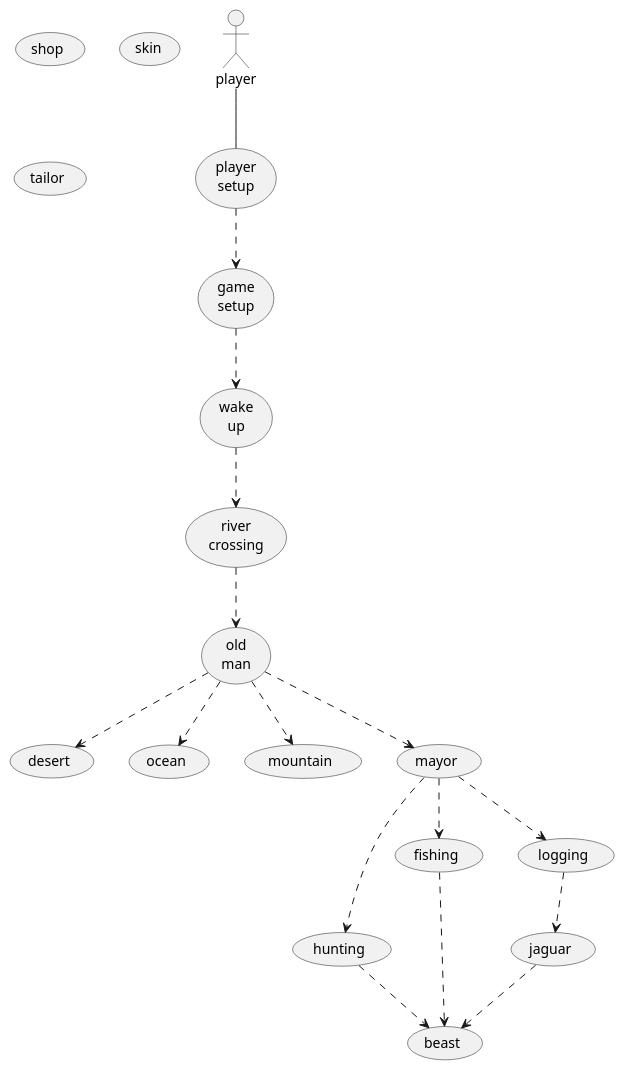
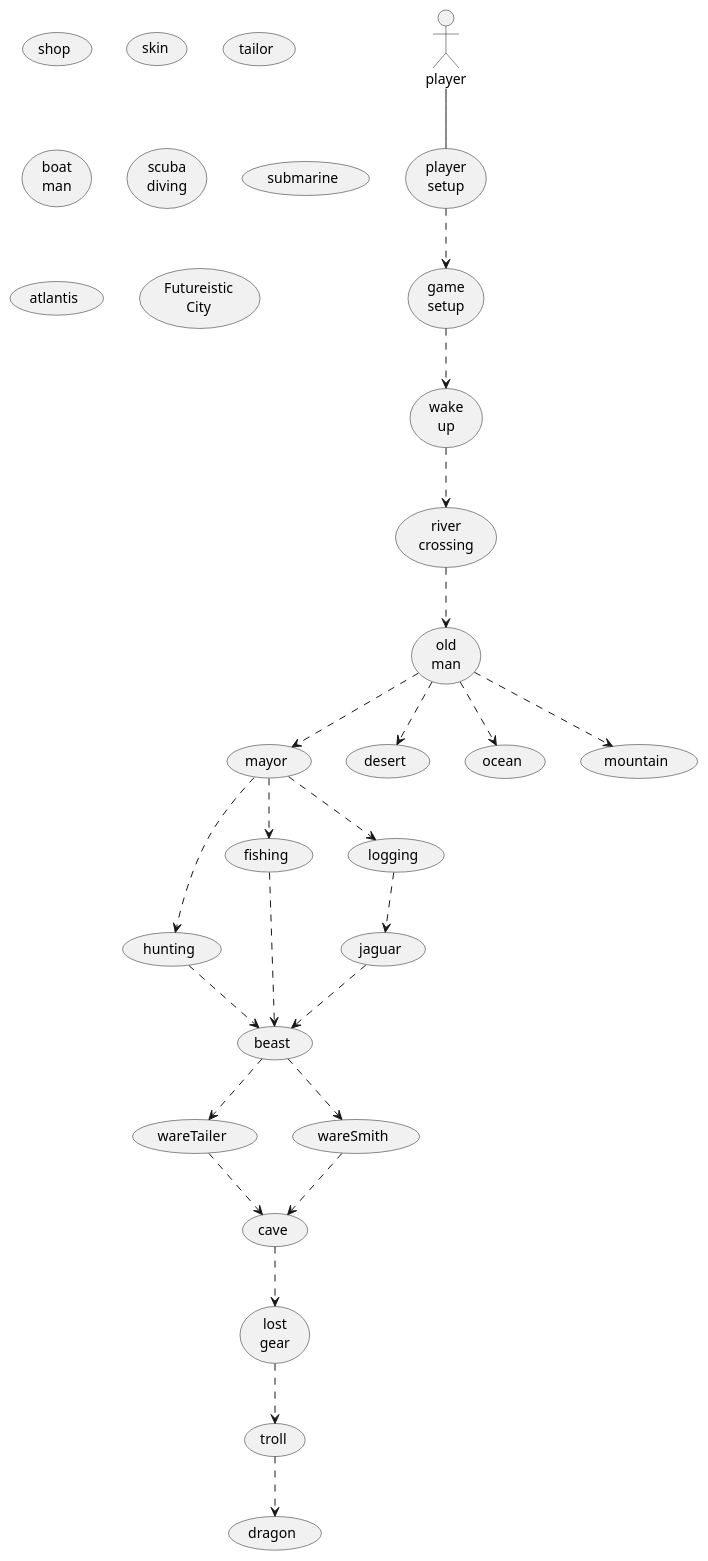
One commit to Ben-Stacey/Texted-Based-Game changed the diagram in timeline_design.puml. Above: the diagram before and after it, drawn with PlantUML. The commit also changed 2 other files, not shown here.

```diff
--- a/timeline_design.puml
+++ b/timeline_design.puml
@@ -1,42 +1,75 @@
 @startuml game
 
 actor :player:
 
 usecase (player\nsetup) as playerSetup
 usecase (game\nsetup) as gameSetup
 usecase (wake\nup) as wakeUp
 usecase (river\ncrossing) as riverCrossing
 usecase (old\nman) as oldMan
+
+'Mayor storyline
 usecase (shop) as shop
-usecase (desert) as desert
-usecase (ocean) as ocean
-usecase (mountain) as mountain
 usecase (hunting) as hunting
 usecase (fishing) as fishing
 usecase (mayor) as mayor
 usecase (skin) as skin
 usecase (jaguar) as jaguar
 usecase (logging) as logging
 usecase (tailor) as tailor
 usecase (beast) as beast
+usecase (wareTailer) as wareTailor
+usecase (wareSmith) as wareSmith
+usecase (cave) as cave
+usecase (lost\ngear) as lostGear
+usecase (troll) as troll
+
+'Desert storyline
+usecase (desert) as desert
+
+
+'Ocean storyline
+usecase (ocean) as ocean
+usecase (boat\nman) as boatMan
+usecase (scuba\ndiving) as scubaDiving
+usecase (submarine) as submarine
+
+usecase (atlantis) as atlantis
+
+
+'Mountain storyline
+usecase (mountain) as mountain
+usecase (Futureistic\nCity) as city
+
+'Dragon ending 
+usecase (dragon) as dragon
+
 
 player -- playerSetup
 
 playerSetup ..> gameSetup
 gameSetup ..> wakeUp
 wakeUp ..> riverCrossing
 riverCrossing ..> oldMan
 oldMan ..> desert
 oldMan ..> ocean
 oldMan ..> mountain
 oldMan ..> mayor
 mayor ..> hunting
 mayor ..> fishing
 mayor ..> logging
 logging ..> jaguar
 hunting ..> beast
 fishing ..> beast
 jaguar ..> beast
+beast ..> wareSmith
+beast ..> wareTailor
+wareSmith ..> cave
+wareTailor ..> cave
+cave ..> lostGear
+lostGear ..> troll
+troll ..> dragon
+
 
 
 @enduml
```
